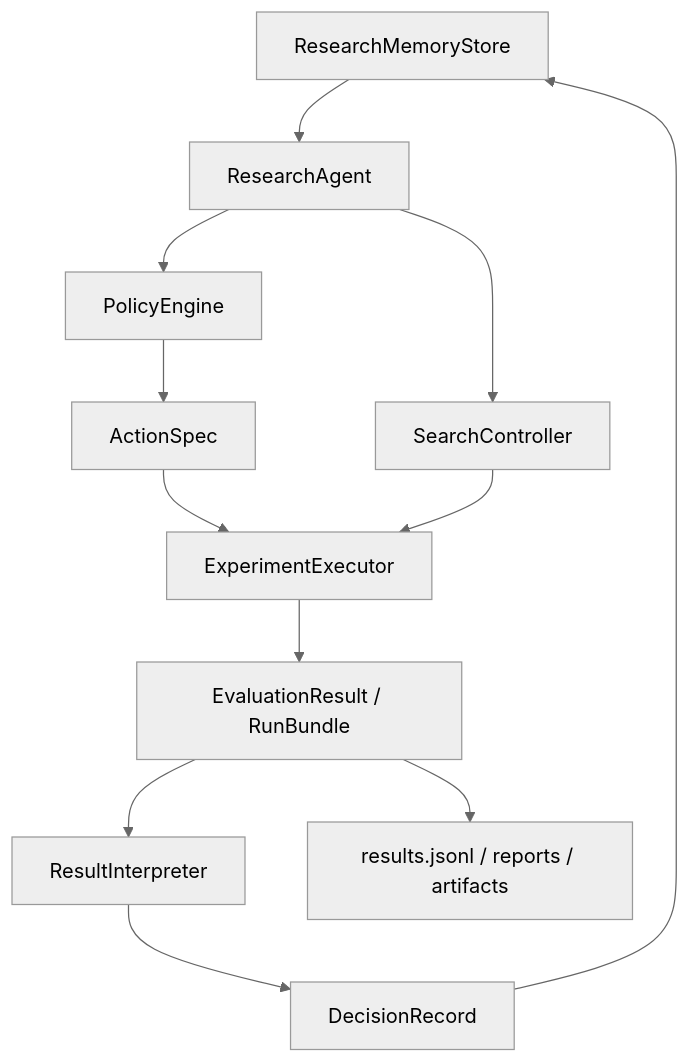
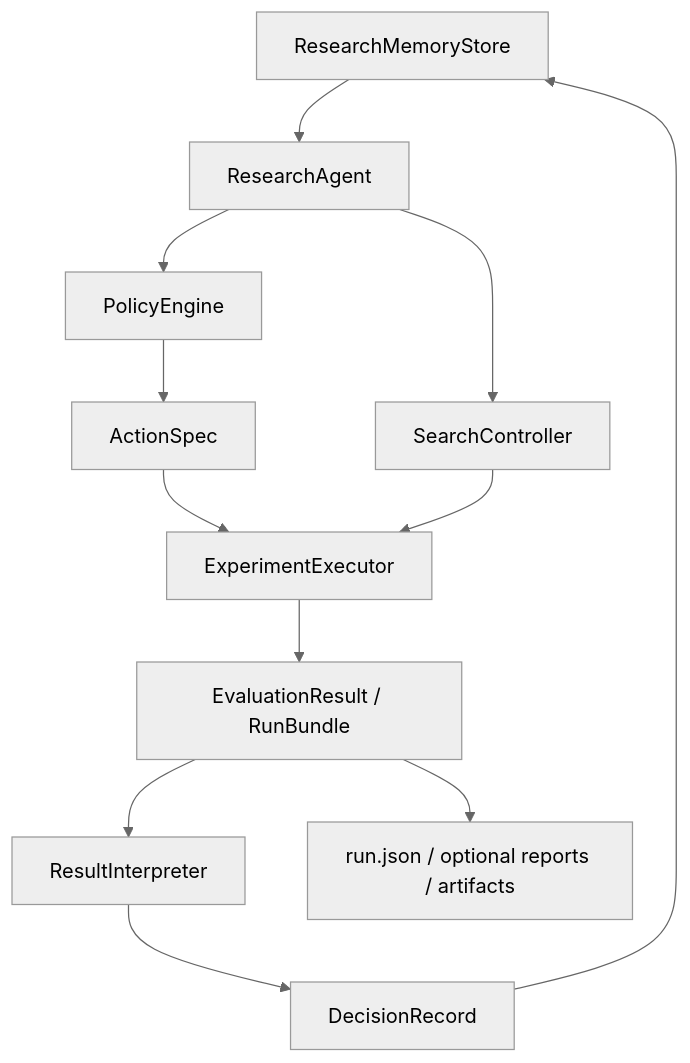
Before and after one commit to QIanGua/auto-vqe: the diagram in doc/agent_architecture.md, drawn with Mermaid (neutral theme). The commit also changed other lines of this file and 48 other files, not shown here.

````diff
--- a/doc/agent_architecture.md
+++ b/doc/agent_architecture.md
@@ -63,14 +63,14 @@
 ```mermaid
 flowchart TD
     A["ResearchMemoryStore"] --> B["ResearchAgent"]
     B --> C["PolicyEngine"]
     C --> D["ActionSpec"]
     D --> E["ExperimentExecutor"]
     E --> F["EvaluationResult / RunBundle"]
     F --> G["ResultInterpreter"]
     G --> H["DecisionRecord"]
     H --> A
-    F --> I["results.jsonl / reports / artifacts"]
+    F --> I["run.json / optional reports / artifacts"]
     B --> J["SearchController"]
     J --> E
 ```
````
